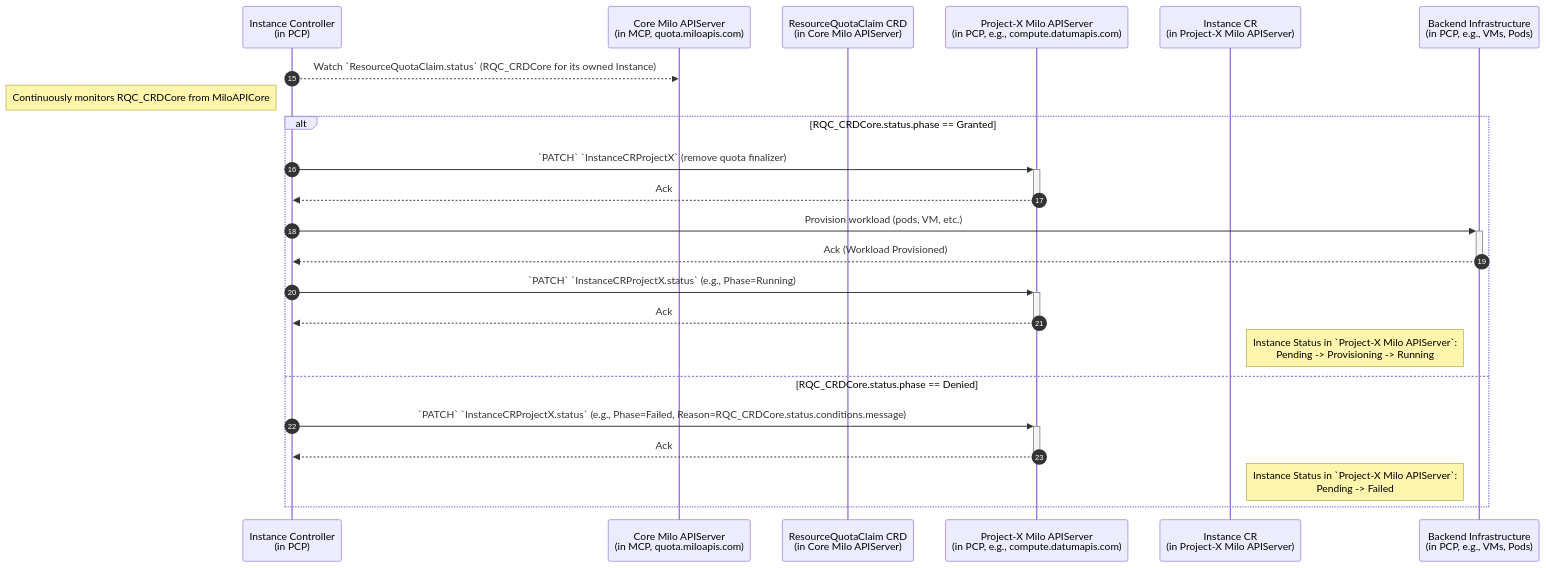
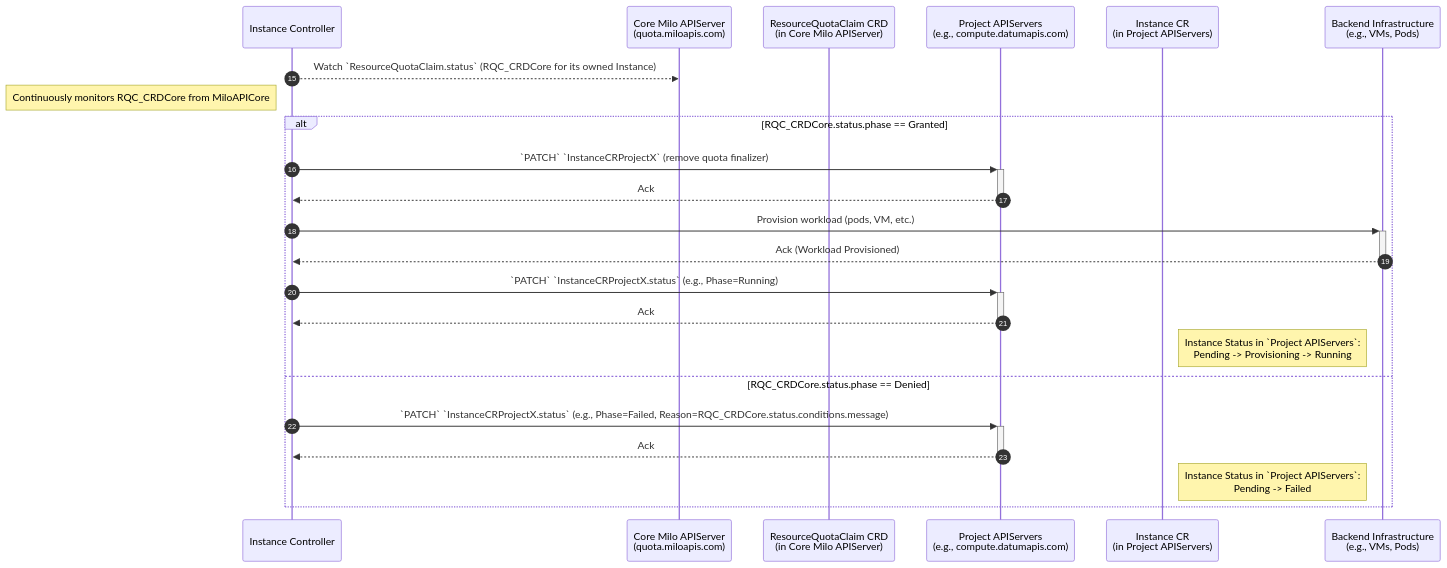
Before and after one commit to datum-cloud/enhancements: the seventh of 9 diagrams in enhancements/platform/quota-management/README.md, drawn with Mermaid. The commit also changed other lines of this file, not shown here.

Commit message:
enh(quota): removes MCP and PCP references

````diff
--- a/enhancements/platform/quota-management/README.md
+++ b/enhancements/platform/quota-management/README.md
@@ -1723,29 +1716,29 @@
 ```mermaid
 %% Sequence Diagram - Owning Service Reacts to ResourceQuotaClaim Status
 sequenceDiagram
     autonumber 15
 
-    participant InstCtrlPCP as Instance Controller <br> (in PCP)
-    participant MiloAPICore as Core Milo APIServer <br> (in MCP, quota.miloapis.com)
+    participant InstCtrlPCP as Instance Controller
+    participant MiloAPICore as Core Milo APIServer <br> (quota.miloapis.com)
     participant RQC_CRDCore as ResourceQuotaClaim CRD <br> (in Core Milo APIServer)
-    participant MiloAPIProjectX as Project-X Milo APIServer <br> (in PCP, e.g., compute.datumapis.com)
-    participant InstanceCRProjectX as Instance CR <br> (in Project-X Milo APIServer)
-    participant BackendInfraPCP as Backend Infrastructure <br> (in PCP, e.g., VMs, Pods)
+    participant MiloAPIProjectX as Project APIServers <br> (e.g., compute.datumapis.com)
+    participant InstanceCRProjectX as Instance CR <br> (in Project APIServers)
+    participant BackendInfraPCP as Backend Infrastructure <br> (e.g., VMs, Pods)
 
     InstCtrlPCP-->>MiloAPICore: Watch `ResourceQuotaClaim.status` (RQC_CRDCore for its owned Instance)
     note left of InstCtrlPCP: Continuously monitors RQC_CRDCore from MiloAPICore
     
     alt RQC_CRDCore.status.phase == Granted
         InstCtrlPCP->>+MiloAPIProjectX: `PATCH` `InstanceCRProjectX` (remove quota finalizer)
         MiloAPIProjectX-->>-InstCtrlPCP: Ack
         InstCtrlPCP->>+BackendInfraPCP: Provision workload (pods, VM, etc.)
         BackendInfraPCP-->>-InstCtrlPCP: Ack (Workload Provisioned)
         InstCtrlPCP->>+MiloAPIProjectX: `PATCH` `InstanceCRProjectX.status` (e.g., Phase=Running)
         MiloAPIProjectX-->>-InstCtrlPCP: Ack
-        note right of InstanceCRProjectX: Instance Status in `Project-X Milo APIServer`: <br> Pending -> Provisioning -> Running
+        note right of InstanceCRProjectX: Instance Status in `Project APIServers`: <br> Pending -> Provisioning -> Running
     else RQC_CRDCore.status.phase == Denied
         InstCtrlPCP->>+MiloAPIProjectX: `PATCH` `InstanceCRProjectX.status` (e.g., Phase=Failed, Reason=RQC_CRDCore.status.conditions.message)
         MiloAPIProjectX-->>-InstCtrlPCP: Ack
-        note right of InstanceCRProjectX: Instance Status in `Project-X Milo APIServer`: <br> Pending -> Failed
+        note right of InstanceCRProjectX: Instance Status in `Project APIServers`: <br> Pending -> Failed
     end
 ```
````
